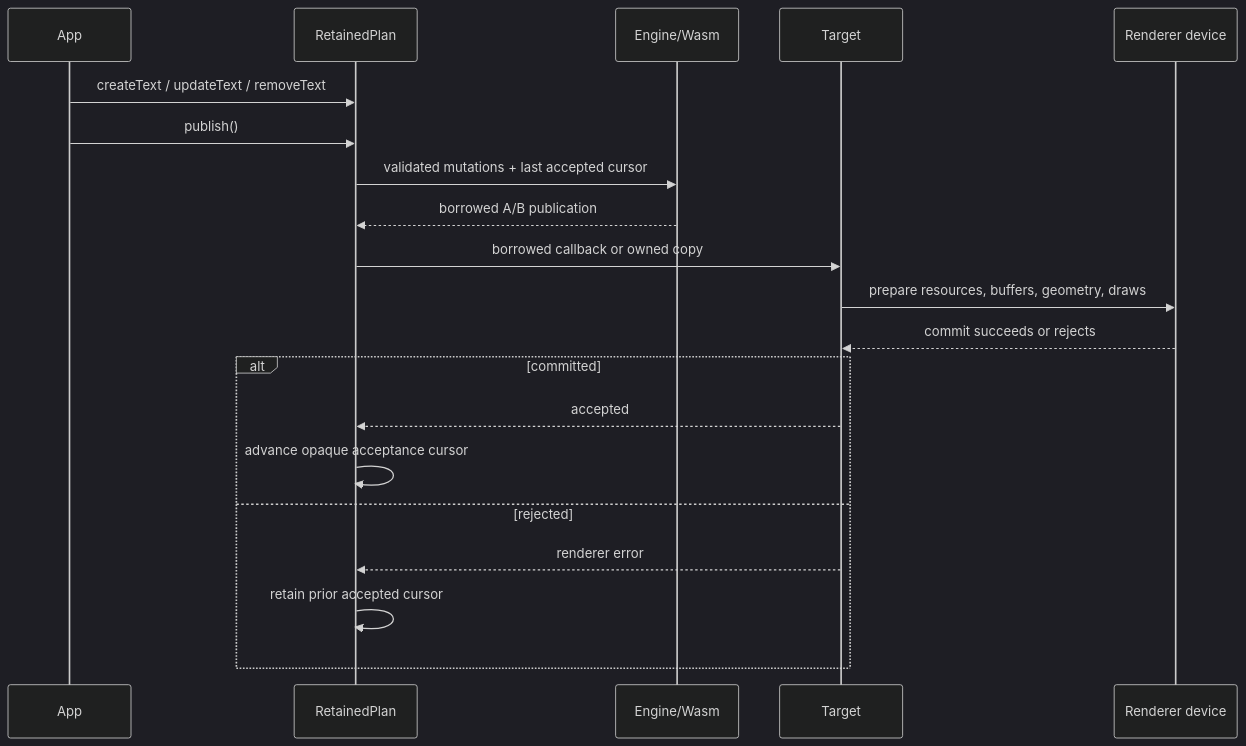
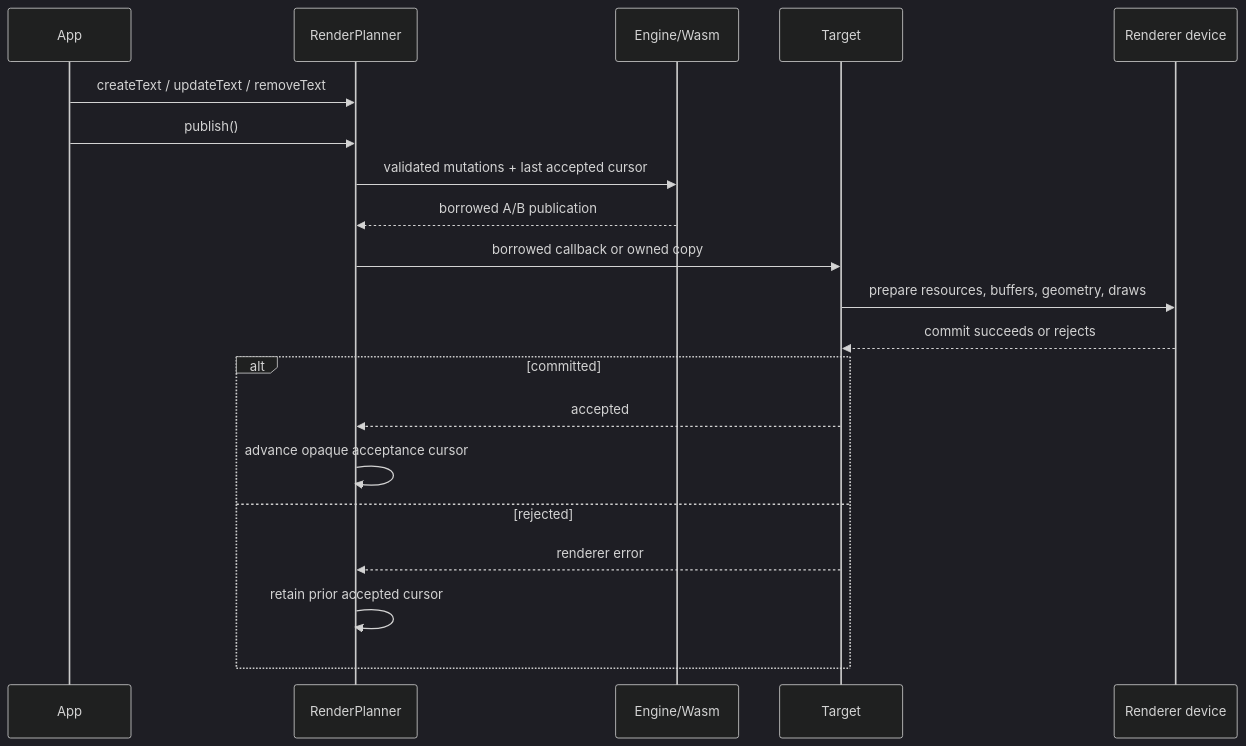
One commit to pmndrs/glyph changed the third of 9 diagrams in docs/planning/font-runtime-ownership.md. Above: the diagram before and after it, drawn with Mermaid (dark theme). The commit also changed other lines of this file and 14 other files, not shown here.

````diff
--- a/docs/planning/font-runtime-ownership.md
+++ b/docs/planning/font-runtime-ownership.md
@@ -1014,23 +1014,23 @@
 ```mermaid
 sequenceDiagram
   participant App
-  participant RetainedPlan
+  participant RenderPlanner
   participant Wasm as Engine/Wasm
   participant Target
   participant Device as Renderer device
 
-  App->>RetainedPlan: createText / updateText / removeText
-  App->>RetainedPlan: publish()
-  RetainedPlan->>Wasm: validated mutations + last accepted cursor
-  Wasm-->>RetainedPlan: borrowed A/B publication
-  RetainedPlan->>Target: borrowed callback or owned copy
+  App->>RenderPlanner: createText / updateText / removeText
+  App->>RenderPlanner: publish()
+  RenderPlanner->>Wasm: validated mutations + last accepted cursor
+  Wasm-->>RenderPlanner: borrowed A/B publication
+  RenderPlanner->>Target: borrowed callback or owned copy
   Target->>Device: prepare resources, buffers, geometry, draws
   Device-->>Target: commit succeeds or rejects
   alt committed
-    Target-->>RetainedPlan: accepted
-    RetainedPlan->>RetainedPlan: advance opaque acceptance cursor
+    Target-->>RenderPlanner: accepted
+    RenderPlanner->>RenderPlanner: advance opaque acceptance cursor
   else rejected
-    Target-->>RetainedPlan: renderer error
-    RetainedPlan->>RetainedPlan: retain prior accepted cursor
+    Target-->>RenderPlanner: renderer error
+    RenderPlanner->>RenderPlanner: retain prior accepted cursor
   end
 ```
````
